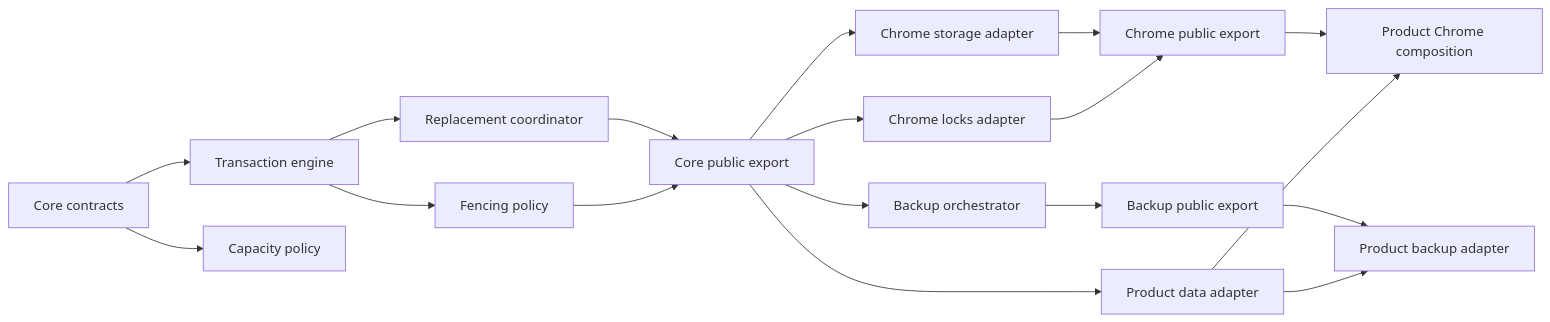
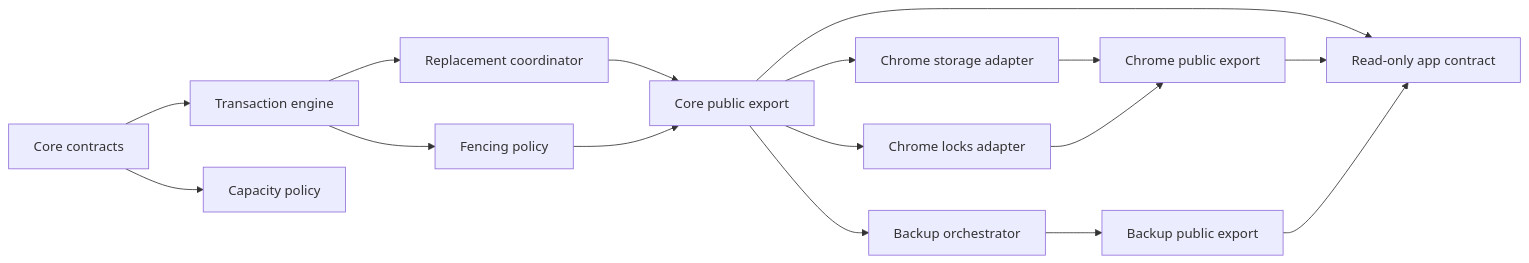
Before and after one commit to Huruikagi/pc-build-planner: the first of 5 diagrams in .kiro/specs/local-data-library-boundaries/design.md, drawn with Mermaid. The commit also changed other lines of this file and 85 other files, not shown here.

````diff
--- a/.kiro/specs/local-data-library-boundaries/design.md
+++ b/.kiro/specs/local-data-library-boundaries/design.md
@@ -73,20 +79,18 @@
 ```mermaid
 graph LR
     CoreContracts[Core contracts] --> Transaction[Transaction engine]
     CoreContracts --> Capacity[Capacity policy]
     Transaction --> Replacement[Replacement coordinator]
     Transaction --> Fencing[Fencing policy]
     Replacement --> CorePublic[Core public export]
     Fencing --> CorePublic
     ChromeStorage[Chrome storage adapter] --> ChromePublic[Chrome public export]
     ChromeLocks[Chrome locks adapter] --> ChromePublic
     CorePublic --> ChromeStorage
     CorePublic --> ChromeLocks
     CorePublic --> BackupFlow[Backup orchestrator]
     BackupFlow --> BackupPublic[Backup public export]
-    CorePublic --> ProductData[Product data adapter]
-    ChromePublic --> ProductRuntime[Product Chrome composition]
-    BackupPublic --> ProductBackup[Product backup adapter]
-    ProductData --> ProductRuntime
-    ProductData --> ProductBackup
+    CorePublic --> AppContract[Read-only app contract]
+    ChromePublic --> AppContract
+    BackupPublic --> AppContract
 ```
````
